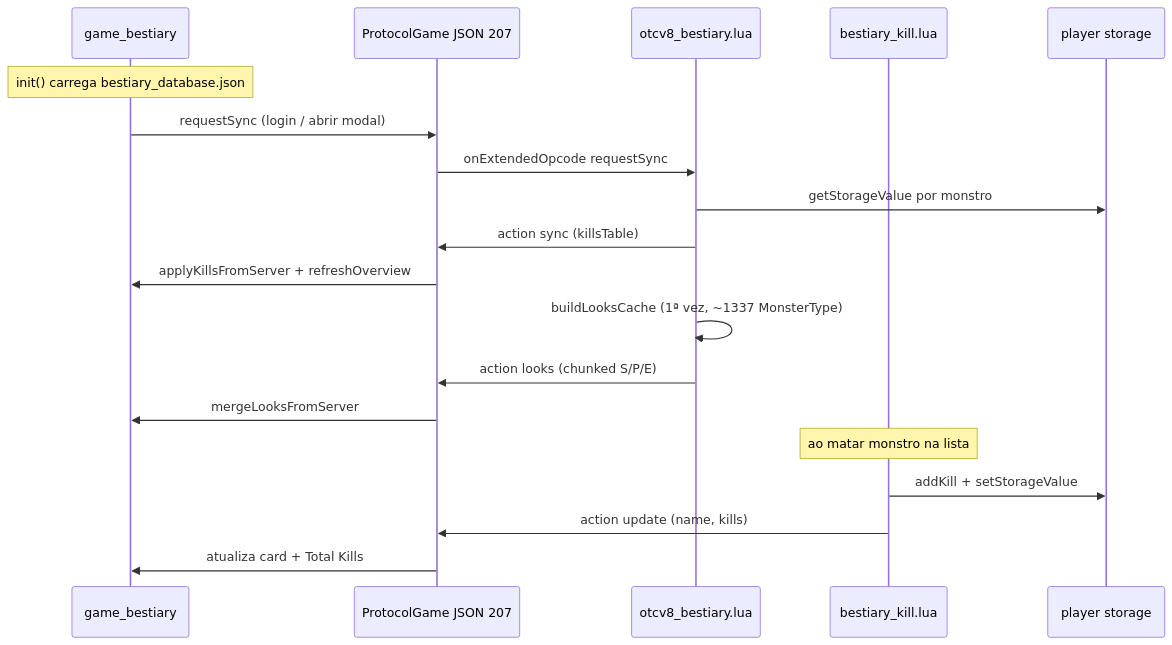
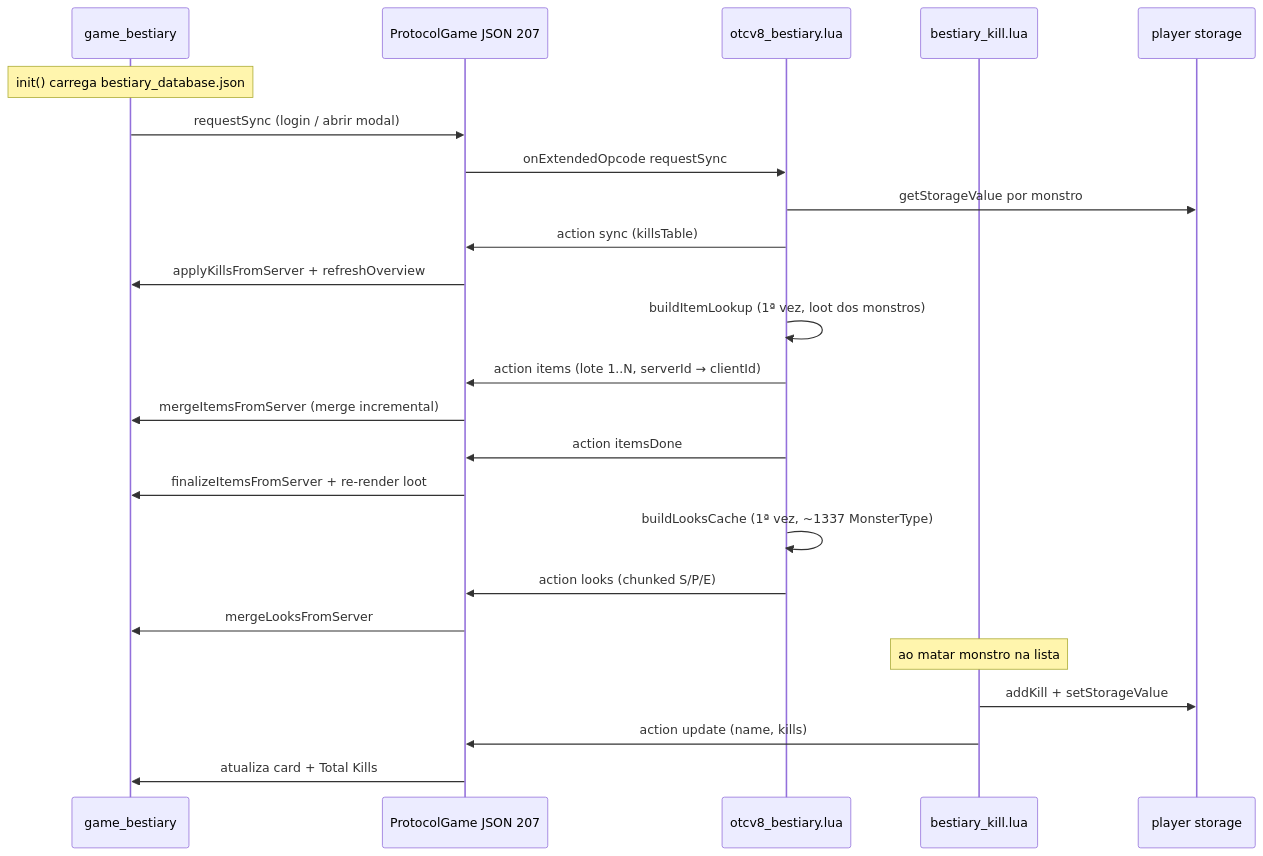
One commit to robinCardoso/otc-server changed the diagram in client/docs/BESTIARY-MODULE.md. Above: the diagram before and after it, drawn with Mermaid. The commit also changed other lines of this file and 10 other files, not shown here.

````diff
--- a/client/docs/BESTIARY-MODULE.md
+++ b/client/docs/BESTIARY-MODULE.md
@@ -26,23 +26,28 @@
 ```mermaid
 sequenceDiagram
   participant UI as game_bestiary
   participant OTC as ProtocolGame JSON 207
   participant TFS as otcv8_bestiary.lua
   participant Kill as bestiary_kill.lua
   participant Store as player storage
 
   Note over UI: init() carrega bestiary_database.json
   UI->>OTC: requestSync (login / abrir modal)
   OTC->>TFS: onExtendedOpcode requestSync
   TFS->>Store: getStorageValue por monstro
   TFS->>OTC: action sync (killsTable)
   OTC->>UI: applyKillsFromServer + refreshOverview
+  TFS->>TFS: buildItemLookup (1ª vez, loot dos monstros)
+  TFS->>OTC: action items (lote 1..N, serverId → clientId)
+  OTC->>UI: mergeItemsFromServer (merge incremental)
+  TFS->>OTC: action itemsDone
+  OTC->>UI: finalizeItemsFromServer + re-render loot
   TFS->>TFS: buildLooksCache (1ª vez, ~1337 MonsterType)
   TFS->>OTC: action looks (chunked S/P/E)
   OTC->>UI: mergeLooksFromServer
 
   Note over Kill: ao matar monstro na lista
   Kill->>Store: addKill + setStorageValue
   Kill->>OTC: action update (name, kills)
   OTC->>UI: atualiza card + Total Kills
 ```
````
